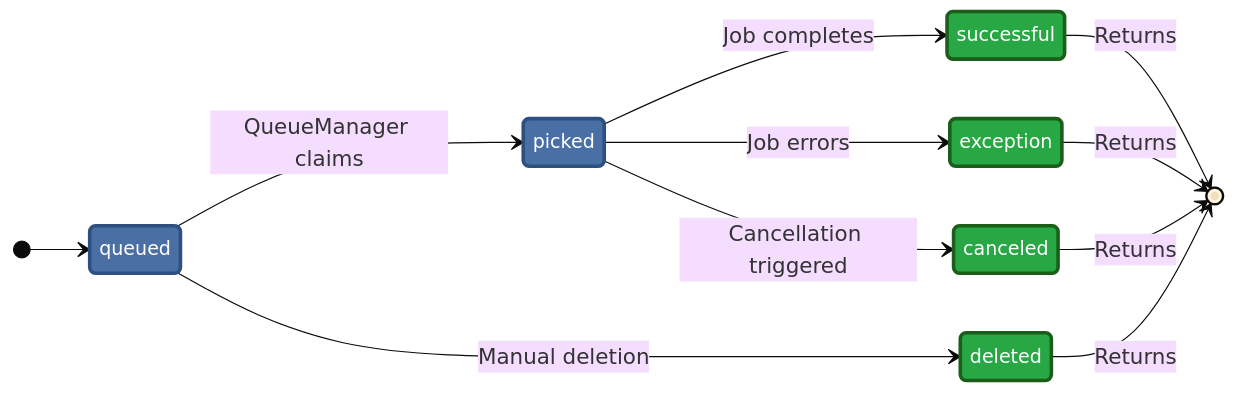
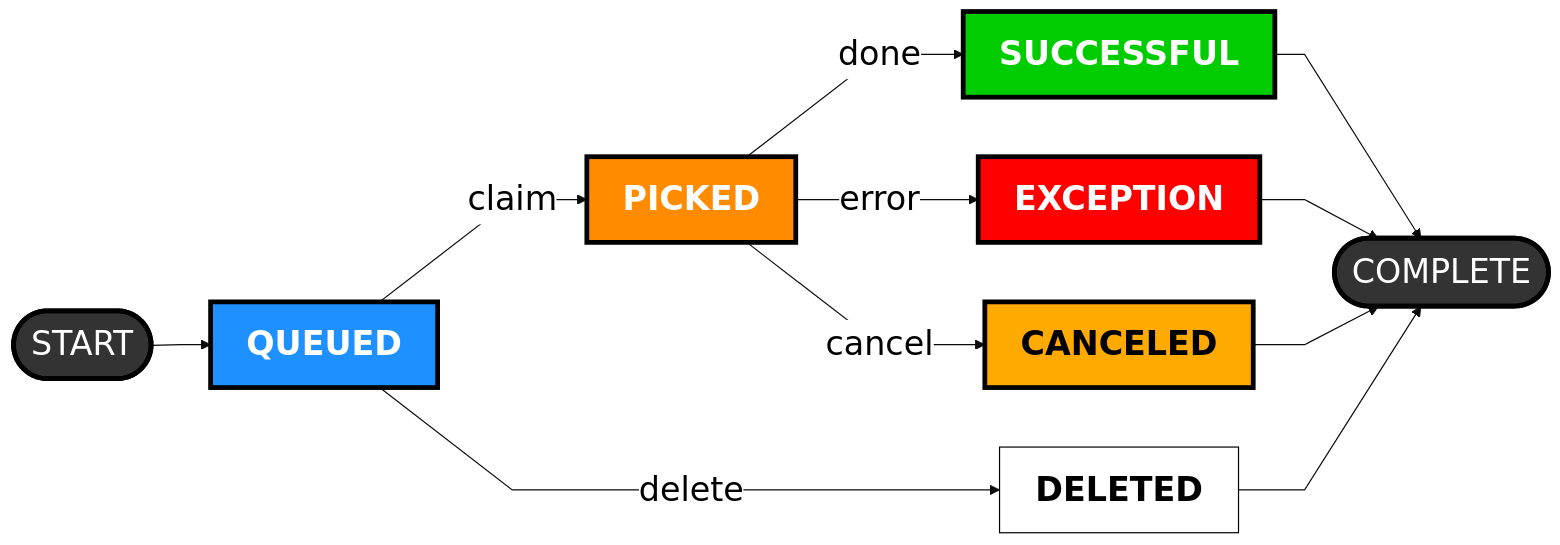
Before and after one commit to janbjorge/pgqueuer: the diagram in docs/guides/completion-tracking.md, drawn with Mermaid. The commit also changed 2 other files, not shown here.

Commit message:
docs: redesign diagrams with bold text and high-contrast colors
- Increased font sizes to 24-28px with bold text for maximum readability
- Replaced muted brand colors with high-contrast palette:
  * Blue (#1e90ff) for queued/waiting states
  * Orange (#ff8c00) for picked/executing states
  * Green (#00cc00) for successful states
  * Red (#ff0000) for exception states
  * Purple (#9966ff) for processing steps
  * Yellow (#ffcc00) for decision nodes
- Added 4px black borders for visual separation
- Switched to Arial font for better on-screen rendering
- Simplified node labels and terminology (QUEUED → QUEUED, etc.)
- Made diagram logic flow clearer with bold YES/NO decision paths

````diff
--- a/docs/guides/completion-tracking.md
+++ b/docs/guides/completion-tracking.md
@@ -27,25 +27,28 @@
 ```mermaid
-%%{init: {'flowchart': {'htmlLabels': true}, 'theme': 'base', 'themeVariables': {'fontSize': '18px', 'fontFamily': 'Inter, sans-serif'}}}%%
-stateDiagram-v2
-    direction LR
+%%{init: {'flowchart': {'htmlLabels': true, 'curve': 'linear'}, 'theme': 'base', 'themeVariables': {'primaryColor':'#fff', 'primaryTextColor':'#000', 'primaryBorderColor':'#000', 'fontSize': '28px', 'fontFamily': 'Arial, sans-serif'}}}%%
+flowchart LR
+    Start(["START"]) --> Queued["<b style='font-size:28px'>QUEUED</b>"]
+    Queued -->|"claim"| Picked["<b style='font-size:28px'>PICKED</b>"]
+    Queued -->|"delete"| Deleted["<b style='font-size:28px'>DELETED</b>"]
+    Picked -->|"done"| Success["<b style='font-size:28px'>SUCCESSFUL</b>"]
+    Picked -->|"error"| Exception["<b style='font-size:28px'>EXCEPTION</b>"]
+    Picked -->|"cancel"| Canceled["<b style='font-size:28px'>CANCELED</b>"]
+    Success --> End(["COMPLETE"])
+    Exception --> End
+    Canceled --> End
+    Deleted --> End
 
-    [*] --> queued
+    classDef queuedStyle fill:#1e90ff,stroke:#000,stroke-width:4px,color:#fff
+    classDef pickedStyle fill:#ff8c00,stroke:#000,stroke-width:4px,color:#fff
+    classDef successStyle fill:#00cc00,stroke:#000,stroke-width:4px,color:#fff
+    classDef exceptionStyle fill:#ff0000,stroke:#000,stroke-width:4px,color:#fff
+    classDef canceledStyle fill:#ffaa00,stroke:#000,stroke-width:4px,color:#000
+    classDef terminalStyle fill:#333,stroke:#000,stroke-width:4px,color:#fff
 
-    queued --> picked: QueueManager claims
-    picked --> successful: Job completes
-    picked --> exception: Job errors
-    picked --> canceled: Cancellation triggered
-    queued --> deleted: Manual deletion
-
-    successful --> [*]: Returns
-    exception --> [*]: Returns
-    canceled --> [*]: Returns
-    deleted --> [*]: Returns
-
-    classDef pending fill:#4A6FA5,stroke:#2E5080,color:#fff,stroke-width:3px,font-size:16px
-    classDef processing fill:#6B8FC7,stroke:#4A6FA5,color:#fff,stroke-width:3px,font-size:16px
-    classDef terminal fill:#28a745,stroke:#1a5e1a,color:#fff,stroke-width:3px,font-size:16px
-
-    class queued,picked pending
-    class successful,exception,canceled,deleted terminal
+    class Queued queuedStyle
+    class Picked pickedStyle
+    class Success successStyle
+    class Exception exceptionStyle
+    class Canceled canceledStyle
+    class Start,End terminalStyle
 ```
````
